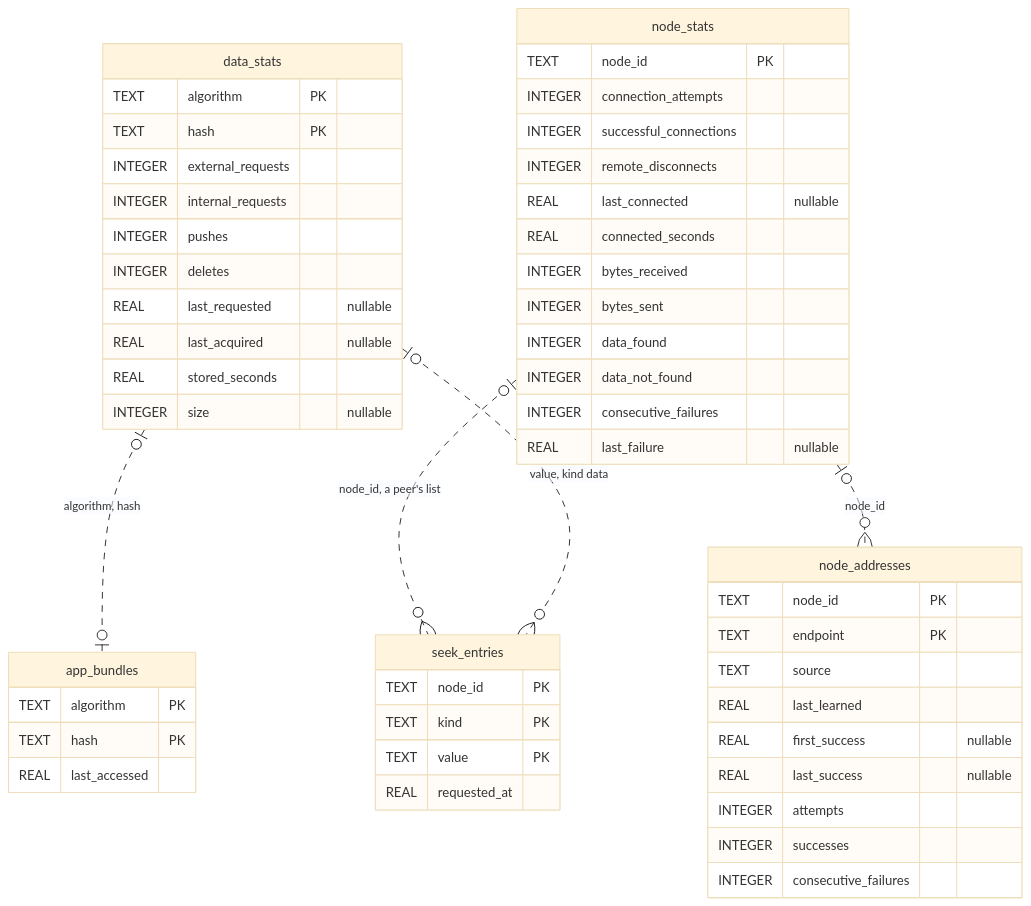
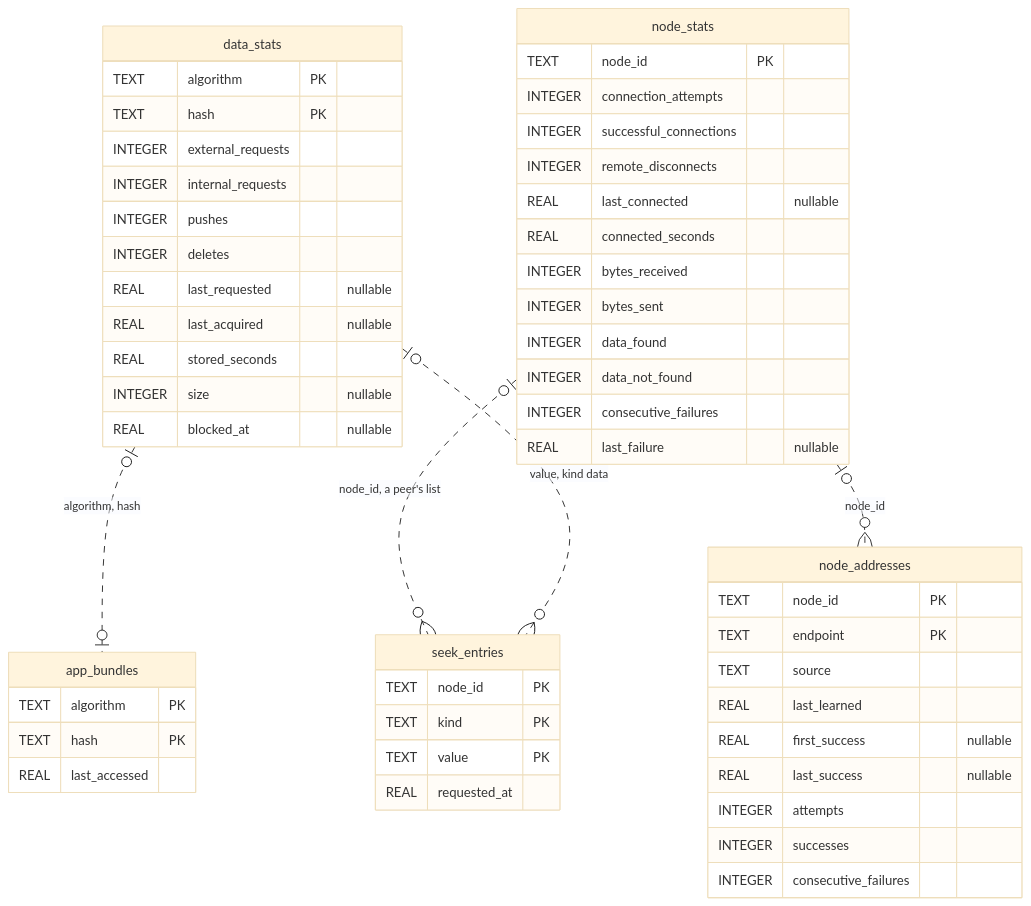
Before and after one commit to marcpage/libranet: the diagram in docs/implementation/Database Schema.md, drawn with Mermaid (base theme). The commit also changed other lines of this file and 34 other files, not shown here.

````diff
--- a/docs/implementation/Database Schema.md
+++ b/docs/implementation/Database Schema.md
@@ -125,55 +125,56 @@
 ```mermaid
 erDiagram
     data_stats {
         TEXT algorithm PK
         TEXT hash PK
         INTEGER external_requests
         INTEGER internal_requests
         INTEGER pushes
         INTEGER deletes
         REAL last_requested "nullable"
         REAL last_acquired "nullable"
         REAL stored_seconds
         INTEGER size "nullable"
+        REAL blocked_at "nullable"
     }
     app_bundles {
         TEXT algorithm PK
         TEXT hash PK
         REAL last_accessed
     }
     node_stats {
         TEXT node_id PK
         INTEGER connection_attempts
         INTEGER successful_connections
         INTEGER remote_disconnects
         REAL last_connected "nullable"
         REAL connected_seconds
         INTEGER bytes_received
         INTEGER bytes_sent
         INTEGER data_found
         INTEGER data_not_found
         INTEGER consecutive_failures
         REAL last_failure "nullable"
     }
     node_addresses {
         TEXT node_id PK
         TEXT endpoint PK
         TEXT source
         REAL last_learned
         REAL first_success "nullable"
         REAL last_success "nullable"
         INTEGER attempts
         INTEGER successes
         INTEGER consecutive_failures
     }
     seek_entries {
         TEXT node_id PK
         TEXT kind PK
         TEXT value PK
         REAL requested_at
     }
     node_stats |o..o{ node_addresses : "node_id"
     node_stats |o..o{ seek_entries : "node_id, a peer's list"
     data_stats |o..o| app_bundles : "algorithm, hash"
     data_stats |o..o{ seek_entries : "value, kind data"
 ```
````
